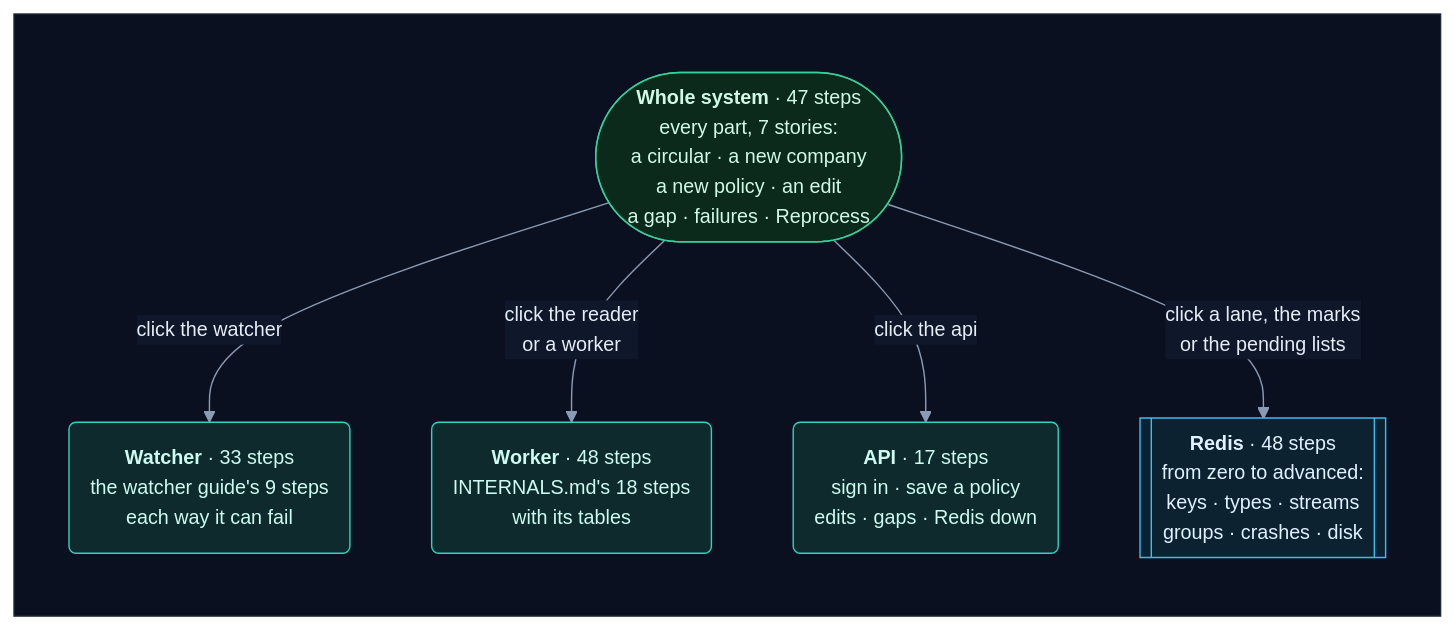
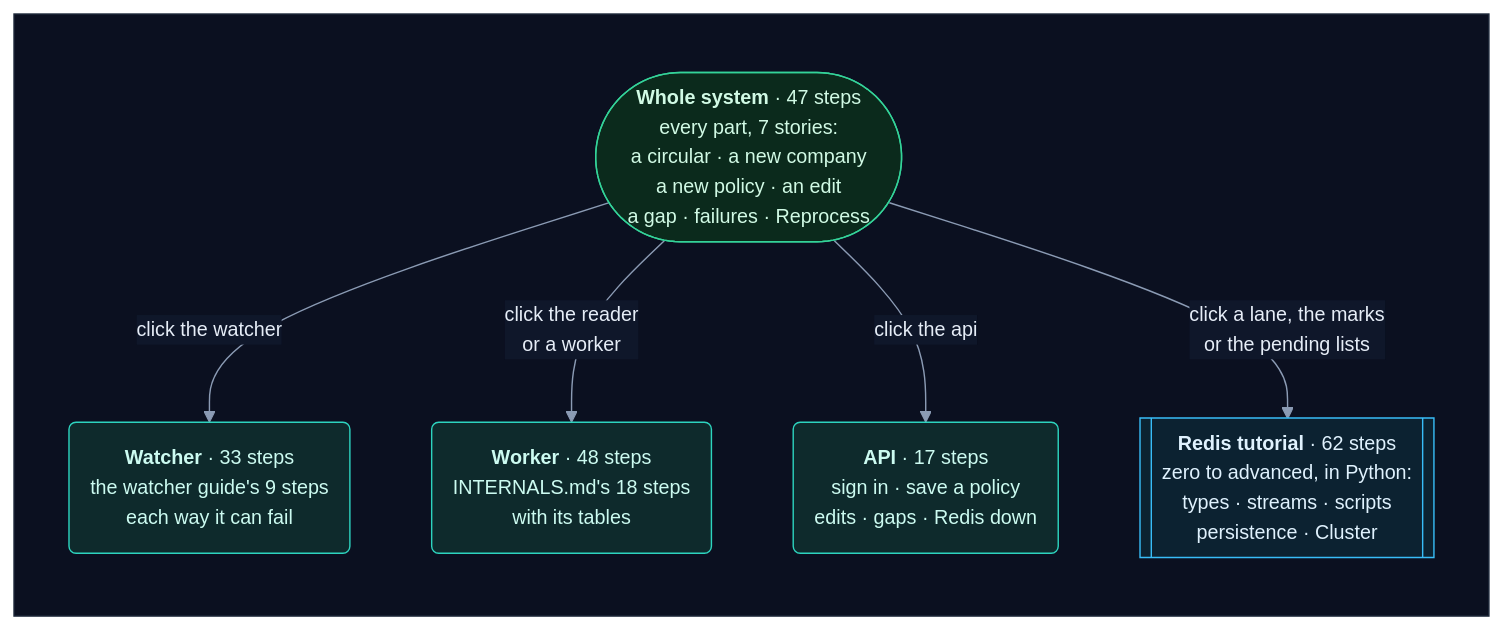
Diagram 47 of 57 in how_it_works.md (selvakumarperumal/Regulatory_Circular_Impact_Agent), drawn with Mermaid before and after one commit. The commit also changed other lines of this file and 5 other files, not shown here.

Commit message:
Make the Redis tab a general tutorial, zero to advanced, with the Python for every step beside it

````diff
--- a/how_it_works.md
+++ b/how_it_works.md
@@ -2408,19 +2408,19 @@
 ```mermaid
 %%{init: {"theme": "base", "flowchart": {"diagramPadding": 0, "nodeSpacing": 58, "rankSpacing": 58, "curve": "basis"}, "themeVariables": {"fontSize": "14px", "darkMode": true, "primaryColor": "#16213a", "primaryTextColor": "#e6edf7", "primaryBorderColor": "#475a7a", "lineColor": "#8b9bb4", "secondaryColor": "#1b2436", "tertiaryColor": "#101a2e", "edgeLabelBackground": "#0f172a", "textColor": "#e2e8f0", "clusterBkg": "#0f1728", "clusterBorder": "#2b3a55", "titleColor": "#c4b5fd", "nodeTextColor": "#e6edf7"}}}%%
 flowchart TD
     subgraph canvas[" "]
         direction TB
         sys(["<b>Whole system</b> · 47 steps<br/>every part, 7 stories:<br/>a circular · a new company<br/>a new policy · an edit<br/>a gap · failures · Reprocess"])
         sys -->|"click the watcher"| wa("<b>Watcher</b> · 33 steps<br/>the watcher guide's 9 steps<br/>each way it can fail")
         sys -->|"click the reader<br/>or a worker"| wo("<b>Worker</b> · 48 steps<br/>INTERNALS.md's 18 steps<br/>with its tables")
         sys -->|"click the api"| ap("<b>API</b> · 17 steps<br/>sign in · save a policy<br/>edits · gaps · Redis down")
-        sys -->|"click a lane, the marks<br/>or the pending lists"| rd[["<b>Redis</b> · 48 steps<br/>from zero to advanced:<br/>keys · types · streams<br/>groups · crashes · disk"]]
+        sys -->|"click a lane, the marks<br/>or the pending lists"| rd[["<b>Redis tutorial</b> · 62 steps<br/>zero to advanced, in Python:<br/>types · streams · scripts<br/>persistence · Cluster"]]
     end
     classDef svc fill:#0e2a2c,stroke:#2dd4bf,color:#ccfbf1
     classDef ok fill:#0b2a1c,stroke:#34d399,color:#d1fae5
     class sys ok
     classDef queue fill:#0c2231,stroke:#38bdf8,color:#e0f2fe
     class wa,wo,ap svc
     class rd queue
     style canvas fill:#0b1020,stroke:#1e293b,color:#0b1020
 ```
````
